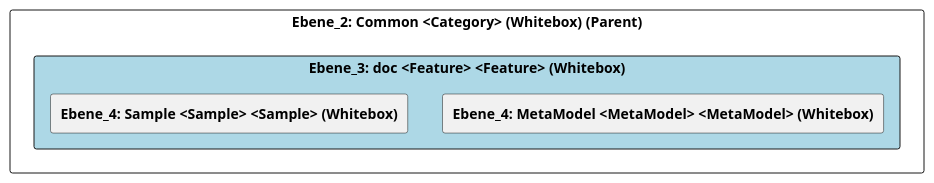
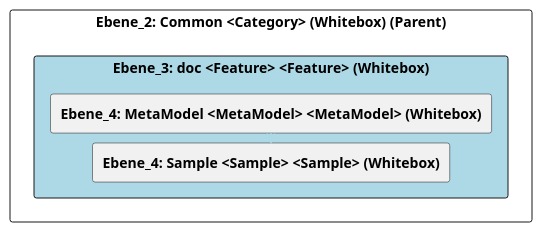
Before and after one commit to marcozwyssig/cleon: the diagram in doc/cleonproject_deliverables_architecture_model_architecture/adoc/de/05_bausteinsicht/cleon/common/doc/ebene_3_doc.adoc, drawn with PlantUML. The commit also changed other lines of this file and 214 other files, not shown here.

```diff
--- a/doc/cleonproject_deliverables_architecture_model_architecture/adoc/de/05_bausteinsicht/cleon/common/doc/ebene_3_doc.adoc
+++ b/doc/cleonproject_deliverables_architecture_model_architecture/adoc/de/05_bausteinsicht/cleon/common/doc/ebene_3_doc.adoc
@@ -20,25 +20,28 @@
 [plantuml, Ebene_3: doc <Feature> <Feature> (Whitebox)BlockOverview, format="svg"]
 ----
 @startuml Ebene_3: doc <Feature> <Feature> (Whitebox)BuildingBlockOverview
 
 skinparam ranksep 10
 skinparam componentStyle rectangle
 skinparam shadowing false
 skinparam arrowColor lightblue
 skinparam arrowThickness 1.2
 skinparam rectangle {
   BackgroundColor White
   BorderColor #333
   RoundCorner 10
 }
 top to bottom direction
 
 component "Ebene_2: Common <Category> (Whitebox) (Parent)" {
     component "Ebene_3: doc <Feature> <Feature> (Whitebox)" #lightblue {
         [**Ebene_4: MetaModel <MetaModel> <MetaModel> (Whitebox)**] as 4A570570_D579_11EE_903E_9F564E4DE07E
         [**Ebene_4: Sample <Sample> <Sample> (Whitebox)**] as 4A56DE4D_D579_11EE_903E_9F564E4DE07E
     }
+
+    4A570570_D579_11EE_903E_9F564E4DE07E -down-> 4A56DE4D_D579_11EE_903E_9F564E4DE07E
+    
 }
 
 @enduml
 ----
```
